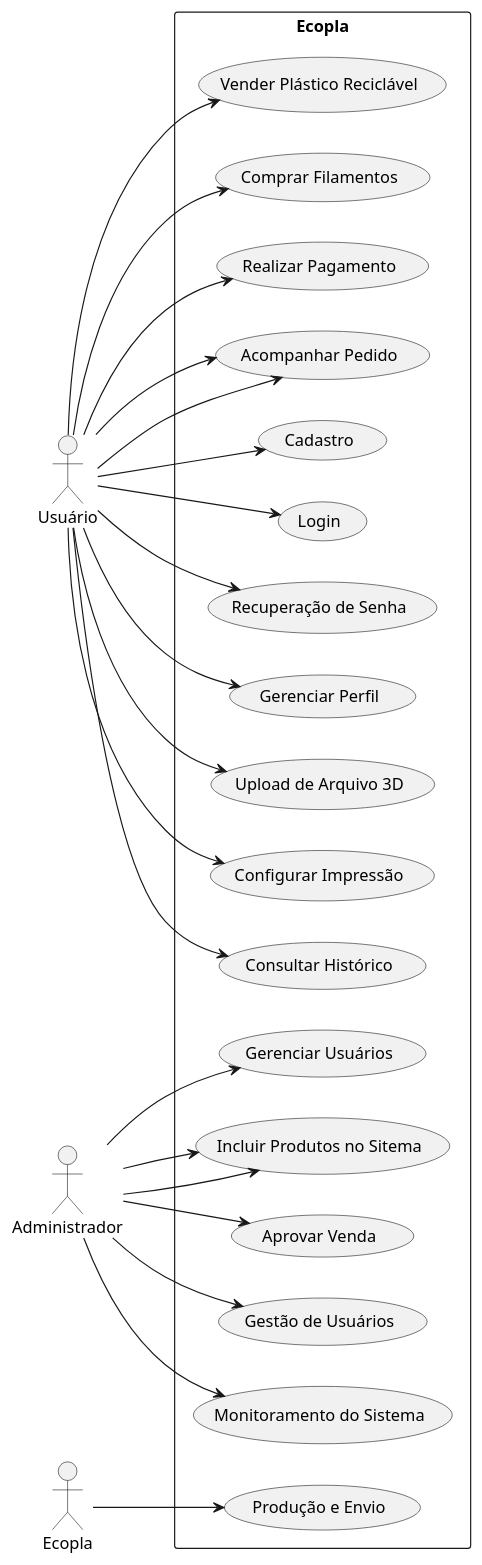
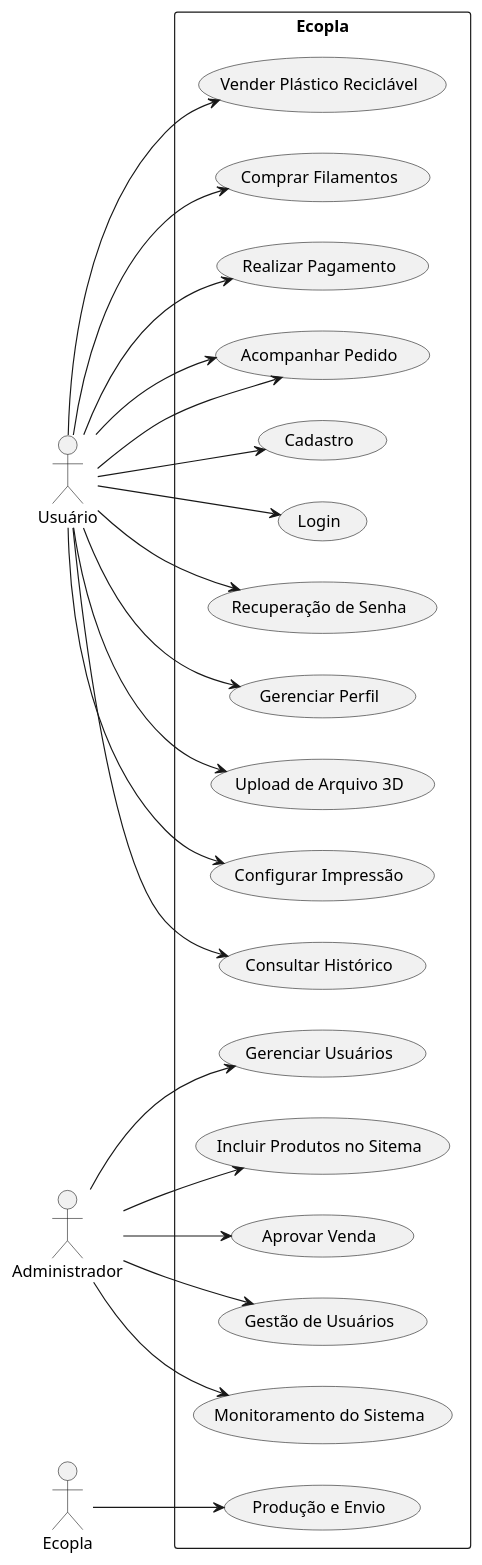
Before and after one commit to zjpza/Ecopla: the diagram in Trabalho/Casos de uso/Geral.md, drawn with PlantUML.

```diff
--- a/Trabalho/Casos de uso/Geral.md
+++ b/Trabalho/Casos de uso/Geral.md
@@ -4,31 +4,30 @@
     @startuml
     left to right direction
 
     actor "Usuário" as User
     actor "Administrador" as Admin
     actor "Ecopla" as System
 
     rectangle "Ecopla" {
       User --> (Vender Plástico Reciclável)
       User --> (Comprar Filamentos)
       User --> (Realizar Pagamento)
       User --> (Acompanhar Pedido)
       User --> (Cadastro)
       User --> (Login)
       User --> (Recuperação de Senha)
       User --> (Gerenciar Perfil)
       User --> (Upload de Arquivo 3D)
       User --> (Configurar Impressão)
       User --> (Acompanhar Pedido)
       User --> (Consultar Histórico)
 
       Admin --> (Gerenciar Usuários)
       Admin --> (Incluir Produtos no Sitema)
       Admin --> (Aprovar Venda)
       Admin --> (Gestão de Usuários)
       Admin --> (Monitoramento do Sistema)
-      Admin --> (Incluir Produtos no Sitema)
 
       System --> (Produção e Envio)
 
       @enduml
```
